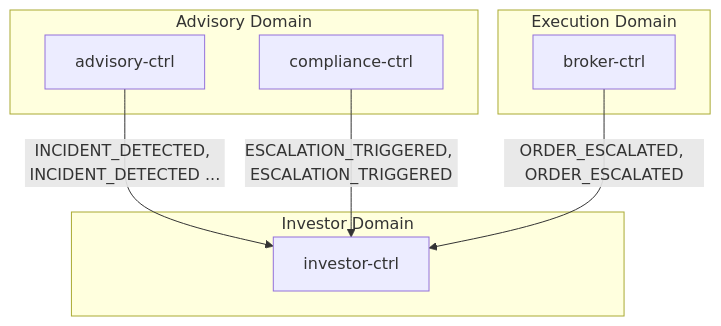
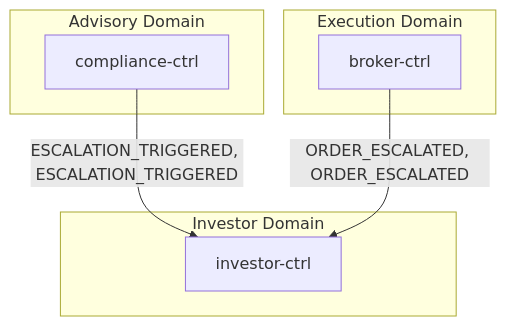
The first of 2 diagrams in docs/data-flows/incident-escalation.md (fabio-vitali/nestfolio), drawn with Mermaid before and after one commit. The commit also changed other lines of this file and 10 other files, not shown here.

First line of the commit message:
docs(flows): drop legacy/post-collapse prose; close out InvestorProfile collapse ACTIVE entry

````diff
--- a/docs/data-flows/incident-escalation.md
+++ b/docs/data-flows/incident-escalation.md
@@ -11,16 +11,14 @@
 ```mermaid
 flowchart TD
     subgraph advisory["Advisory Domain"]
-        advisory_ctrl["advisory-ctrl"]
         compliance_ctrl["compliance-ctrl"]
     end
     subgraph execution["Execution Domain"]
         broker_ctrl["broker-ctrl"]
     end
     subgraph investor["Investor Domain"]
         investor_ctrl["investor-ctrl"]
     end
-    advisory_ctrl -->|"INCIDENT_DETECTED, INCIDENT_DETECTED ..."| investor_ctrl
     compliance_ctrl -->|"ESCALATION_TRIGGERED, ESCALATION_TRIGGERED"| investor_ctrl
     broker_ctrl -->|"ORDER_ESCALATED, ORDER_ESCALATED"| investor_ctrl
 ```
````
